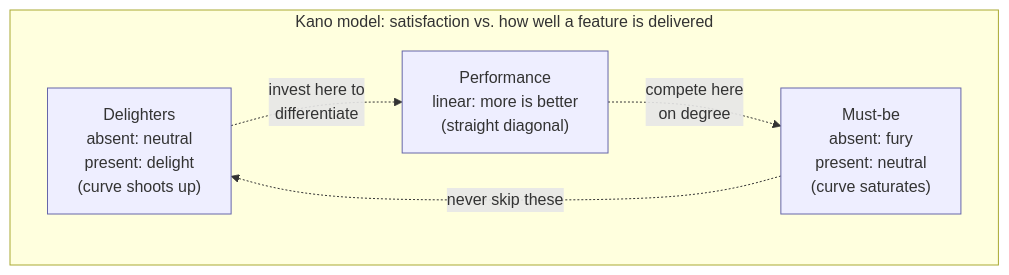
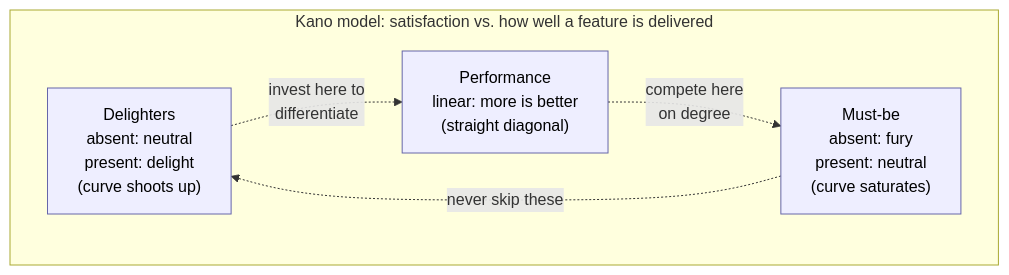
Before and after one commit to vrthra/open-swe-book: the second of 2 diagrams in chapters/04-requirements-analysis/README.md, drawn with Mermaid. The commit also changed other lines of this file and 9 other files, not shown here.

Commit message:
Fix for typos and diagrams in dark mode

````diff
--- a/chapters/04-requirements-analysis/README.md
+++ b/chapters/04-requirements-analysis/README.md
@@ -464,14 +464,14 @@
 ```mermaid
 graph LR
     subgraph Kano["Kano model: satisfaction vs. how well a feature is delivered"]
         direction LR
         A["Delighters<br/>absent: neutral<br/>present: delight<br/>(curve shoots up)"]
         P["Performance<br/>linear: more is better<br/>(straight diagonal)"]
         M["Must-be<br/>absent: fury<br/>present: neutral<br/>(curve saturates)"]
     end
     A -. "invest here to<br/>differentiate" .-> P
     P -. "compete here<br/>on degree" .-> M
     M -. "never skip these" .-> A
-    classDef k fill:#eef,stroke:#66a;
+    classDef k fill:#eef,stroke:#66a,color:#000;
     class A,P,M k;
 ```
````
